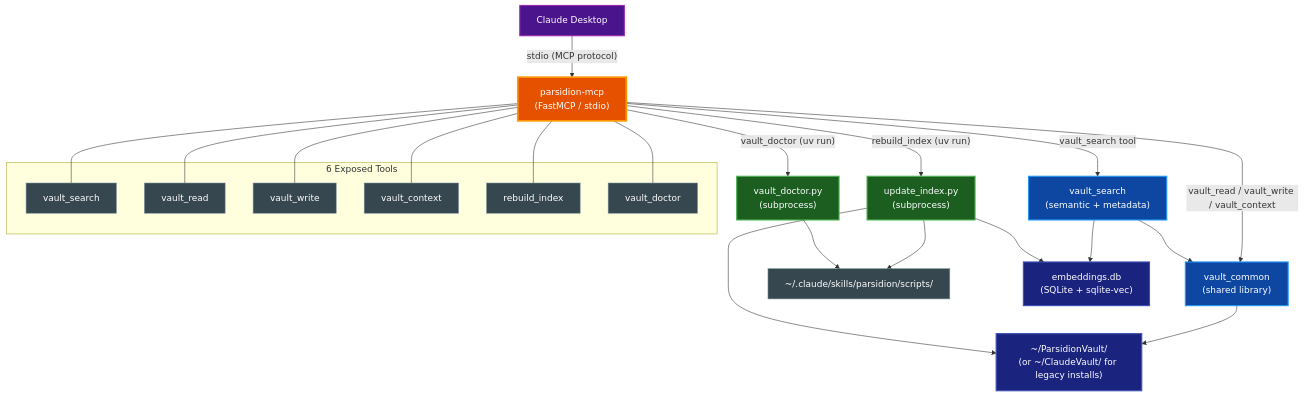
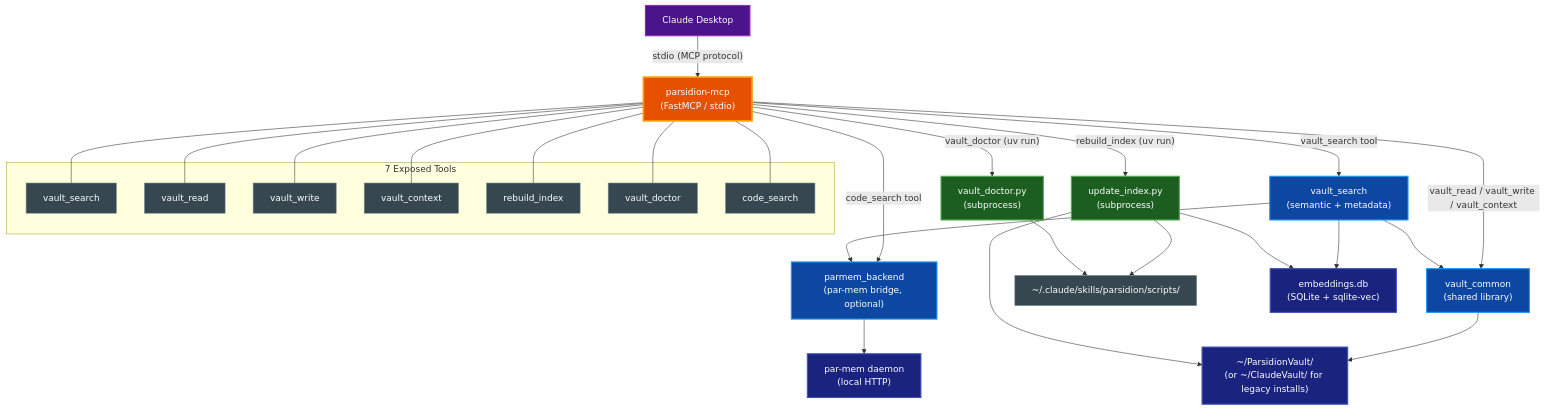
The diagram in docs/MCP.md (paulrobello/parsidion), drawn with Mermaid before and after one commit. The commit also changed other lines of this file and 7 other files, not shown here.

````diff
--- a/docs/MCP.md
+++ b/docs/MCP.md
@@ -48,57 +50,64 @@
 ```mermaid
 graph TD
     Desktop["Claude Desktop"]
     MCP["parsidion-mcp\n(FastMCP / stdio)"]
     VaultSearch["vault_search\n(semantic + metadata)"]
     VaultCommon["vault_common\n(shared library)"]
+    ParmemBackend["parmem_backend\n(par-mem bridge, optional)"]
+    ParmemDaemon["par-mem daemon\n(local HTTP)"]
     ScriptsDir["~/.claude/skills/parsidion/scripts/"]
     UpdateIndex["update_index.py\n(subprocess)"]
     VaultDoctor["vault_doctor.py\n(subprocess)"]
     EmbeddingsDB["embeddings.db\n(SQLite + sqlite-vec)"]
     VaultRoot["~/ParsidionVault/\n(or ~/ClaudeVault/ for legacy installs)"]
 
     Desktop -->|"stdio (MCP protocol)"| MCP
 
     MCP -->|"vault_search tool"| VaultSearch
     MCP -->|"vault_read / vault_write / vault_context"| VaultCommon
+    MCP -->|"code_search tool"| ParmemBackend
     MCP -->|"rebuild_index (uv run)"| UpdateIndex
     MCP -->|"vault_doctor (uv run)"| VaultDoctor
 
     VaultSearch --> EmbeddingsDB
     VaultSearch --> VaultCommon
+    VaultSearch --> ParmemBackend
+    ParmemBackend --> ParmemDaemon
     VaultCommon --> VaultRoot
     UpdateIndex --> ScriptsDir
     VaultDoctor --> ScriptsDir
     UpdateIndex --> EmbeddingsDB
     UpdateIndex --> VaultRoot
 
-    subgraph "6 Exposed Tools"
+    subgraph "7 Exposed Tools"
         T1["vault_search"]
         T2["vault_read"]
         T3["vault_write"]
         T4["vault_context"]
         T5["rebuild_index"]
         T6["vault_doctor"]
+        T7["code_search"]
     end
 
     MCP --- T1
     MCP --- T2
     MCP --- T3
     MCP --- T4
     MCP --- T5
     MCP --- T6
+    MCP --- T7
 
     class Desktop external
     class MCP primary
-    class VaultSearch,VaultCommon data
-    class ScriptsDir,T1,T2,T3,T4,T5,T6 neutral
+    class VaultSearch,VaultCommon,ParmemBackend data
+    class ScriptsDir,T1,T2,T3,T4,T5,T6,T7 neutral
     class UpdateIndex,VaultDoctor active
-    class EmbeddingsDB,VaultRoot database
+    class ParmemDaemon,EmbeddingsDB,VaultRoot database
 
     classDef primary fill:#e65100,stroke:#ff9800,stroke-width:3px,color:#ffffff
     classDef active fill:#1b5e20,stroke:#4caf50,stroke-width:2px,color:#ffffff
     classDef database fill:#1a237e,stroke:#3f51b5,stroke-width:2px,color:#ffffff
     classDef external fill:#4a148c,stroke:#9c27b0,stroke-width:2px,color:#ffffff
     classDef data fill:#0d47a1,stroke:#2196f3,stroke-width:2px,color:#ffffff
     classDef neutral fill:#37474f,stroke:#78909c,stroke-width:1px,color:#ffffff
 ```
````
